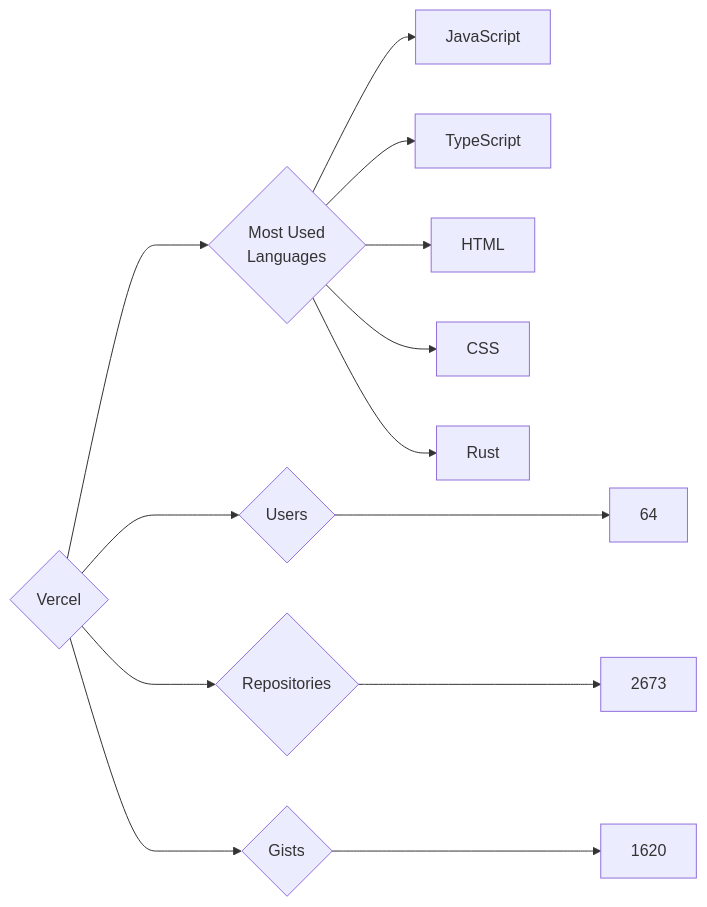
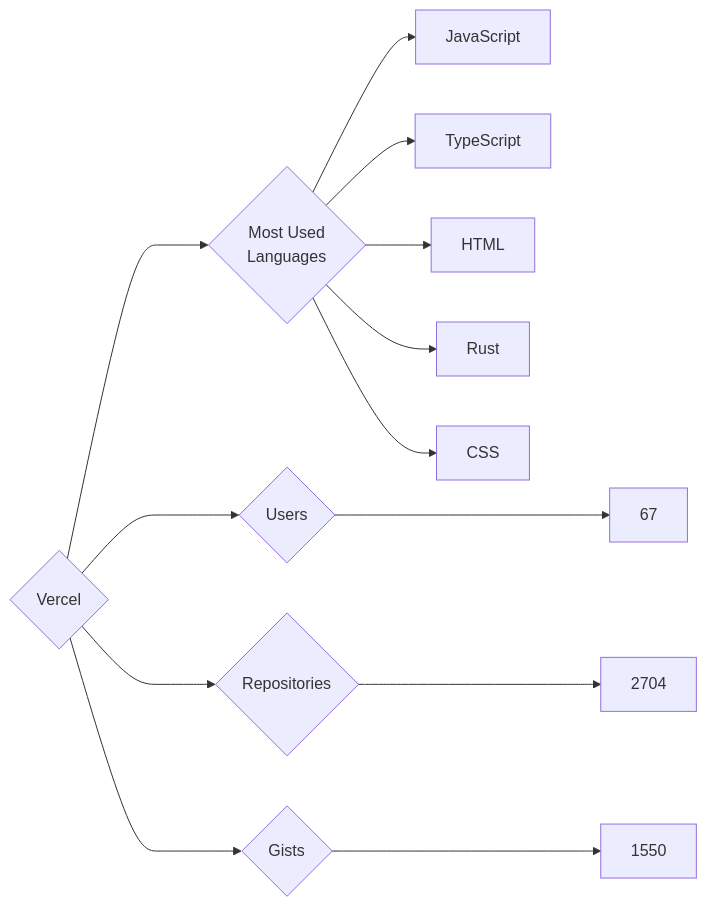
Before and after one commit to trickest/insiders: the diagram in targets/Vercel/README.md, drawn with Mermaid. The commit also changed 898 other files, not shown here.

````diff
--- a/targets/Vercel/README.md
+++ b/targets/Vercel/README.md
@@ -3,13 +3,13 @@
 ```mermaid
 graph LR
 COMPANY_NAME{Vercel}
-COMPANY_NAME ---> U{Users} ---> UN[64]
-COMPANY_NAME ---> R{Repositories} ---> RN[2673]
-COMPANY_NAME ---> G{Gists} ---> GN[1620]
+COMPANY_NAME ---> U{Users} ---> UN[67]
+COMPANY_NAME ---> R{Repositories} ---> RN[2704]
+COMPANY_NAME ---> G{Gists} ---> GN[1550]
 COMPANY_NAME ---> ML{Most Used<br>Languages}
 ML --> JavaScript[JavaScript]
 ML --> TypeScript[TypeScript]
 ML --> HTML[HTML]
+ML --> Rust[Rust]
 ML --> CSS[CSS]
-ML --> Rust[Rust]
 ```
````
